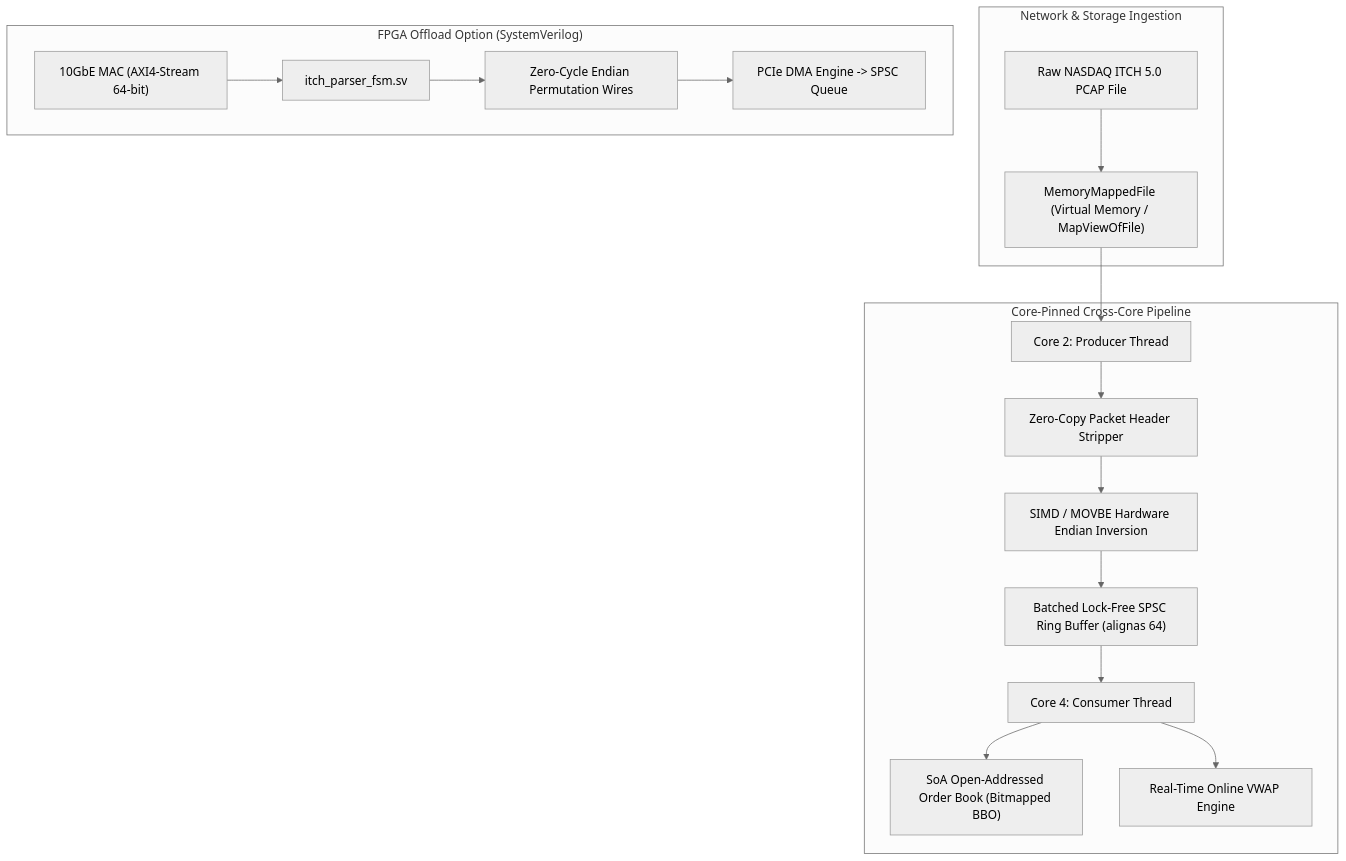
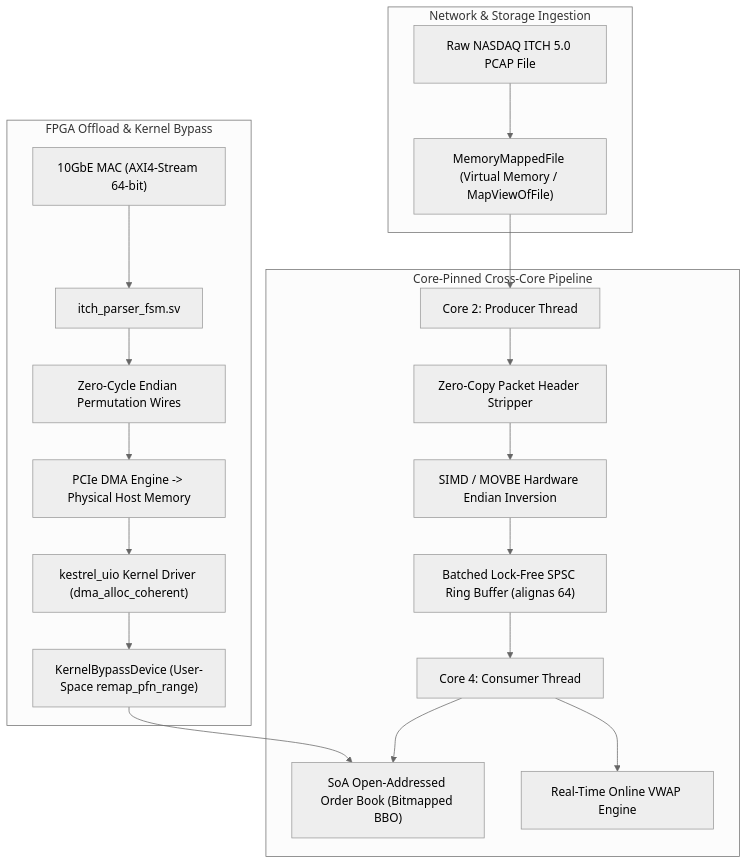
Before and after one commit to ak495867/Kestrel: the first of 2 diagrams in README.md, drawn with Mermaid (neutral theme). The commit also changed other lines of this file, not shown here.

Commit message:
docs: document kernel-bypass driver, DMA descriptor ABI, and updated benchmark figures

````diff
--- a/README.md
+++ b/README.md
@@ -38,22 +45,25 @@
 ```mermaid
 flowchart TD
     subgraph INGESTION["Network & Storage Ingestion"]
         A["Raw NASDAQ ITCH 5.0 PCAP File"] --> B["MemoryMappedFile (Virtual Memory / MapViewOfFile)"]
     end
 
     subgraph PIPELINE["Core-Pinned Cross-Core Pipeline"]
         B --> C["Core 2: Producer Thread"]
         C --> D["Zero-Copy Packet Header Stripper"]
         D --> E["SIMD / MOVBE Hardware Endian Inversion"]
         E --> F["Batched Lock-Free SPSC Ring Buffer (alignas 64)"]
         F --> G["Core 4: Consumer Thread"]
         G --> H["SoA Open-Addressed Order Book (Bitmapped BBO)"]
         G --> I["Real-Time Online VWAP Engine"]
     end
 
-    subgraph HARDWARE["FPGA Offload Option (SystemVerilog)"]
+    subgraph HARDWARE["FPGA Offload & Kernel Bypass"]
         J["10GbE MAC (AXI4-Stream 64-bit)"] --> K["itch_parser_fsm.sv"]
         K --> L["Zero-Cycle Endian Permutation Wires"]
-        L --> M["PCIe DMA Engine -> SPSC Queue"]
+        L --> M["PCIe DMA Engine -> Physical Host Memory"]
+        M --> N["kestrel_uio Kernel Driver (dma_alloc_coherent)"]
+        N --> O["KernelBypassDevice (User-Space remap_pfn_range)"]
+        O --> H
     end
 ```
````
